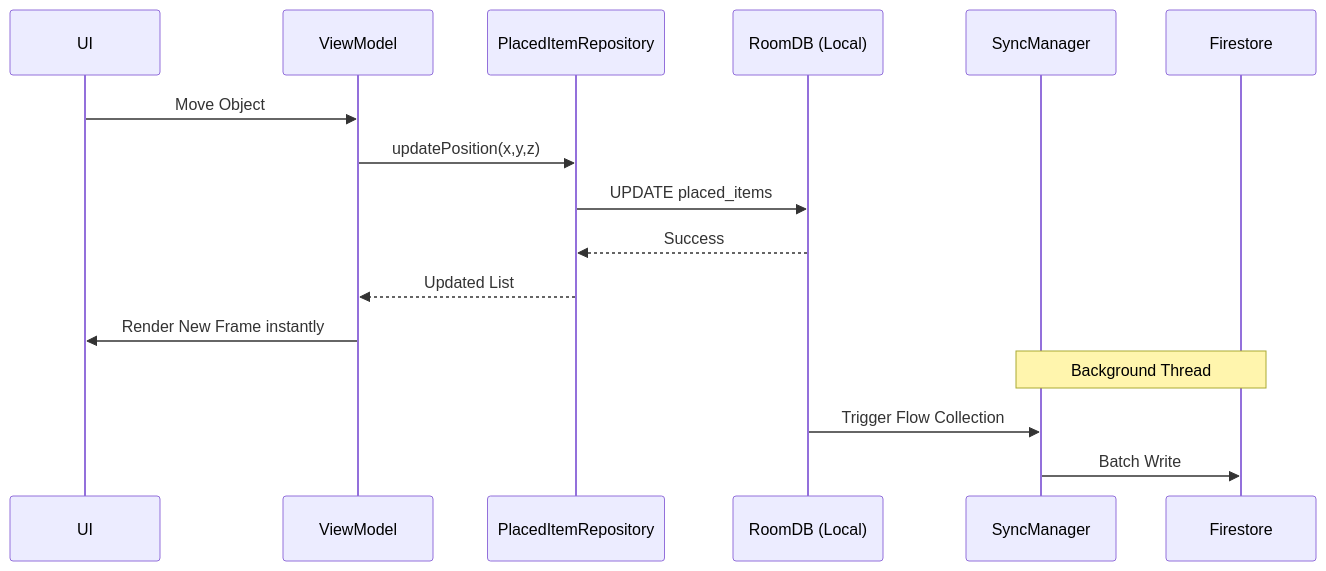
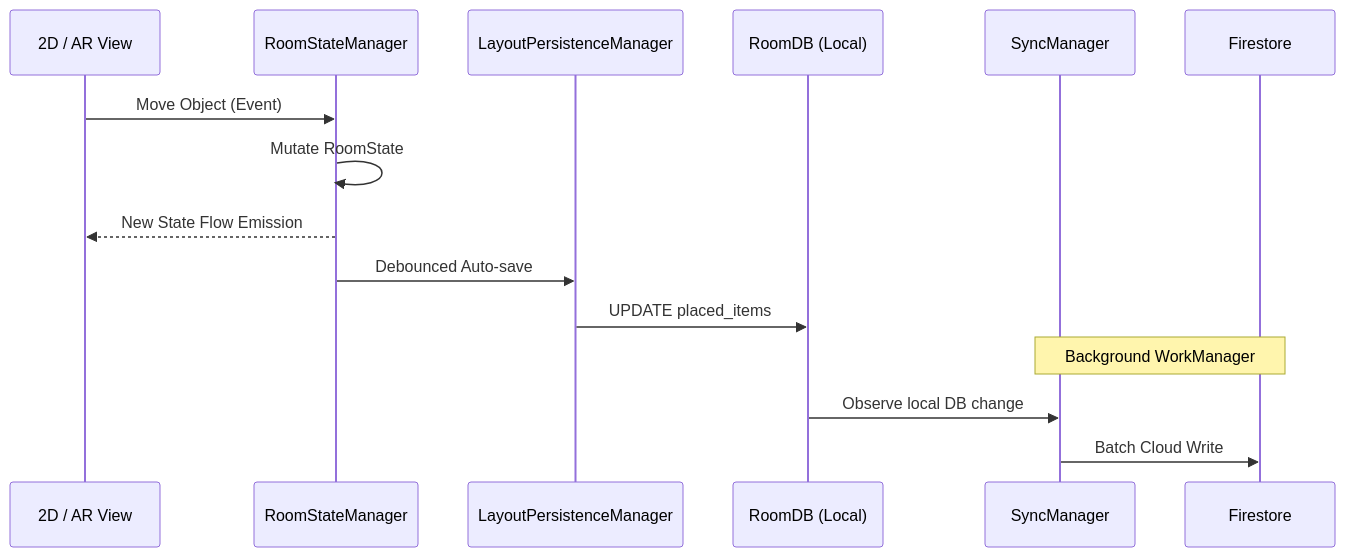
The second of 2 diagrams in docs/Architecture.md (Vinoth-ai-20/lumiroom), drawn with Mermaid before and after one commit. The commit also changed other lines of this file and 63 other files, not shown here.

````diff
--- a/docs/Architecture.md
+++ b/docs/Architecture.md
@@ -81,20 +106,19 @@
 ```mermaid
 sequenceDiagram
-    participant UI
-    participant VM as ViewModel
-    participant Repo as PlacedItemRepository
+    participant UI as 2D / AR View
+    participant SM as RoomStateManager
+    participant Persist as LayoutPersistenceManager
     participant Room as RoomDB (Local)
     participant Sync as SyncManager
     participant FB as Firestore
     
-    UI->>VM: Move Object
-    VM->>Repo: updatePosition(x,y,z)
-    Repo->>Room: UPDATE placed_items
-    Room-->>Repo: Success
-    Repo-->>VM: Updated List
-    VM->>UI: Render New Frame instantly
+    UI->>SM: Move Object (Event)
+    SM->>SM: Mutate RoomState
+    SM-->>UI: New State Flow Emission
+    SM->>Persist: Debounced Auto-save
+    Persist->>Room: UPDATE placed_items
     
-    Note over Sync, FB: Background Thread
-    Room->>Sync: Trigger Flow Collection
-    Sync->>FB: Batch Write
+    Note over Sync, FB: Background WorkManager
+    Room->>Sync: Observe local DB change
+    Sync->>FB: Batch Cloud Write
 ```
````
